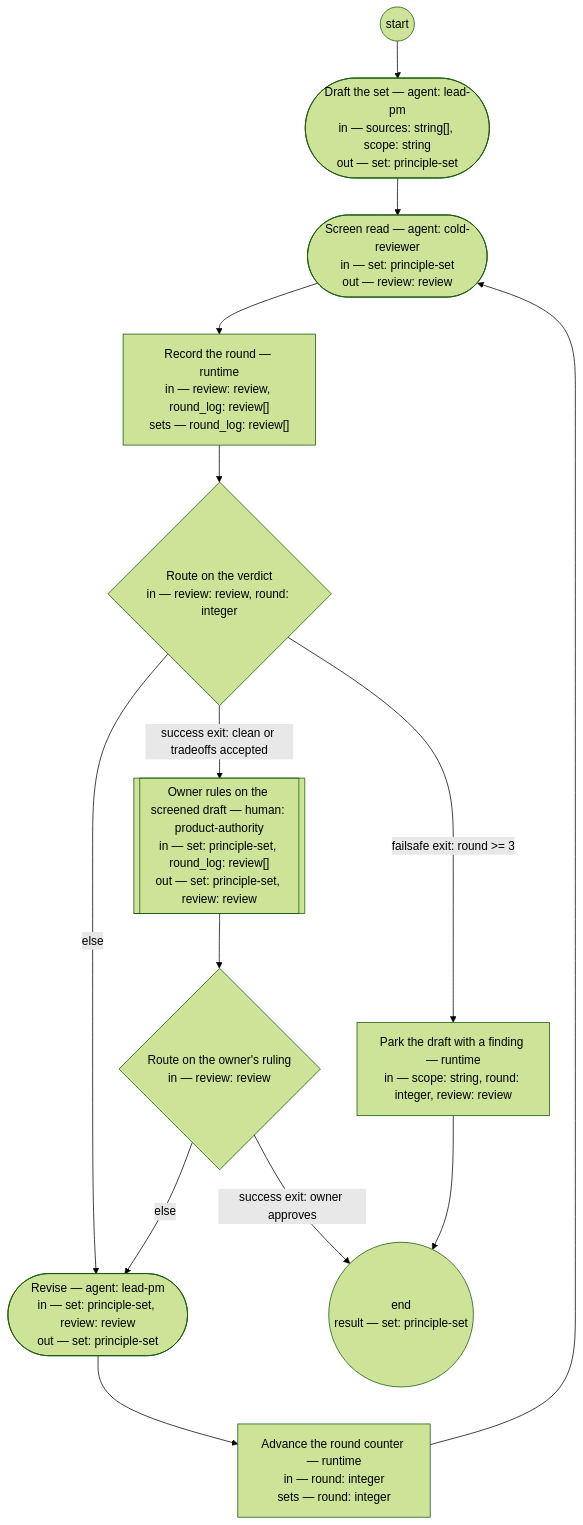
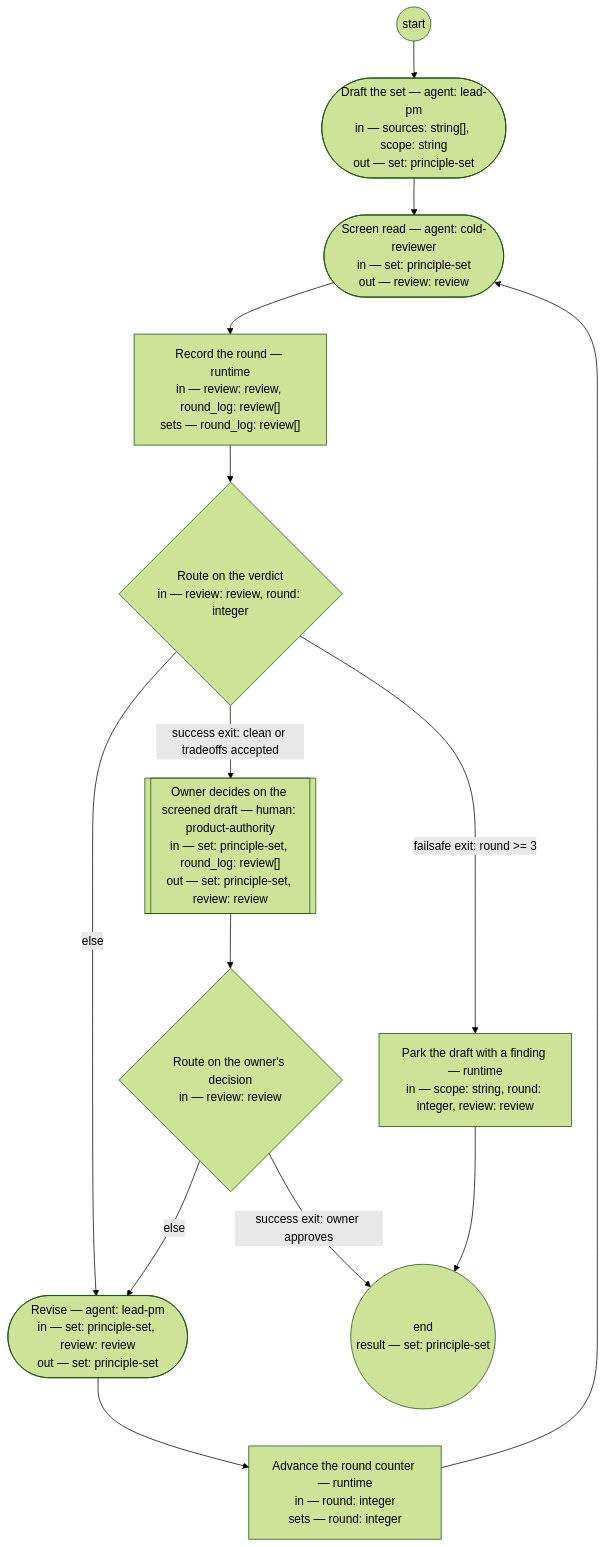
The diagram in basis/processes/principle-set-authoring.md (dstengle/shopsystem-product), drawn with Mermaid (forest theme) before and after one commit. The commit also changed other lines of this file and 44 other files, not shown here.

````diff
--- a/basis/processes/principle-set-authoring.md
+++ b/basis/processes/principle-set-authoring.md
@@ -66,26 +66,26 @@
 ```mermaid
 flowchart TD
   draft(["Draft the set — agent: lead-pm<br/>in — sources: string[], scope: string<br/>out — set: principle-set"])
   screen_read(["Screen read — agent: cold-reviewer<br/>in — set: principle-set<br/>out — review: review"])
   log_round["Record the round — runtime<br/>in — review: review, round_log: review[]<br/>sets — round_log: review[]"]
   route_verdict{"Route on the verdict<br/>in — review: review, round: integer"}
   revise(["Revise — agent: lead-pm<br/>in — set: principle-set, review: review<br/>out — set: principle-set"])
   advance_round["Advance the round counter — runtime<br/>in — round: integer<br/>sets — round: integer"]
-  authority_approve[["Owner rules on the screened draft — human: product-authority<br/>in — set: principle-set, round_log: review[]<br/>out — set: principle-set, review: review"]]
-  route_approval{"Route on the owner's ruling<br/>in — review: review"}
+  authority_approve[["Owner decides on the screened draft — human: product-authority<br/>in — set: principle-set, round_log: review[]<br/>out — set: principle-set, review: review"]]
+  route_approval{"Route on the owner's decision<br/>in — review: review"}
   park["Park the draft with a finding — runtime<br/>in — scope: string, round: integer, review: review"]
   __end(("end<br/>result — set: principle-set"))
   __start(("start")) --> draft
   draft --> screen_read
   screen_read --> log_round
   log_round --> route_verdict
   route_verdict -->|success exit: clean or tradeoffs accepted| authority_approve
   route_verdict -->|failsafe exit: round >= 3| park
   route_verdict -->|else| revise
   revise --> advance_round
   advance_round --> screen_read
   authority_approve --> route_approval
   route_approval -->|success exit: owner approves| __end
   route_approval -->|else| revise
   park --> __end
 ```
````
